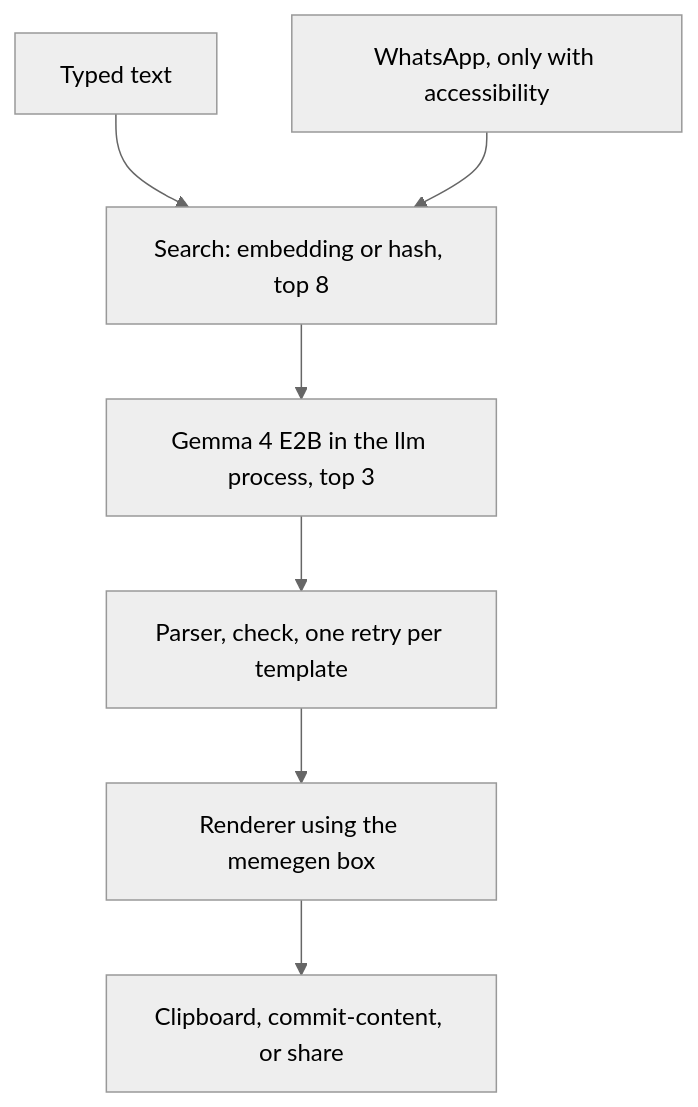
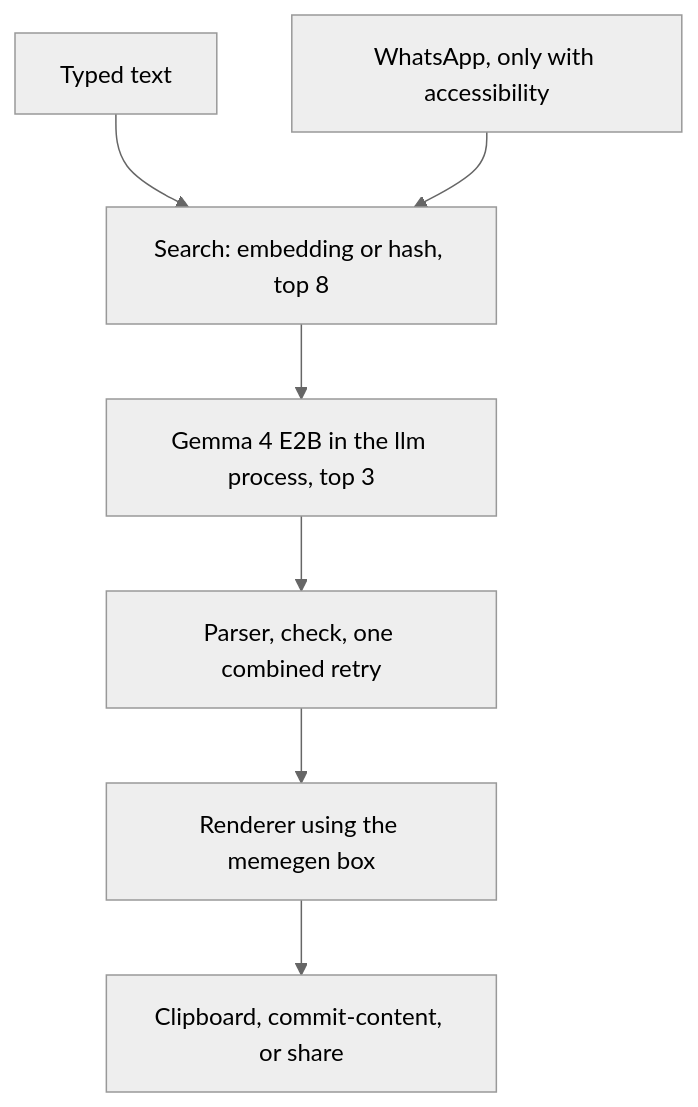
Before and after one commit to slickdajackson/MemEm: the diagram in README.md, drawn with Mermaid (neutral theme). The commit also changed other lines of this file and 14 other files, not shown here.

````diff
--- a/README.md
+++ b/README.md
@@ -37,16 +38,16 @@
 ```mermaid
 flowchart TD
     typed[Typed text]
     chat[WhatsApp, only with accessibility]
     search[Search: embedding or hash, top 8]
     gemma[Gemma 4 E2B in the llm process, top 3]
-    check[Parser, check, one retry per template]
+    check[Parser, check, one combined retry]
     render[Renderer using the memegen box]
     field[Clipboard, commit-content, or share]
     typed --> search
     chat --> search
     search --> gemma
     gemma --> check
     check --> render
     render --> field
 ```
````
